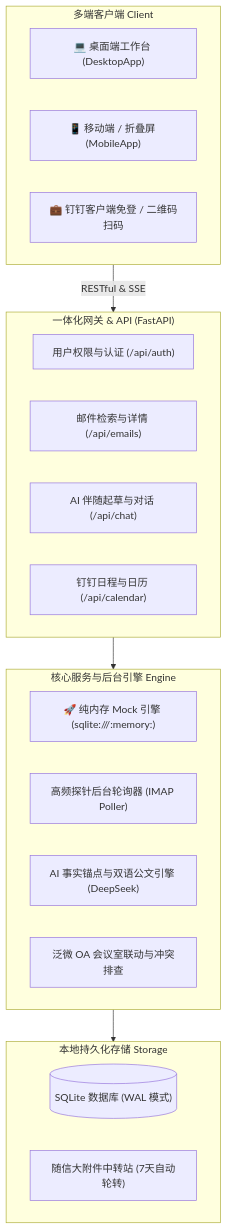
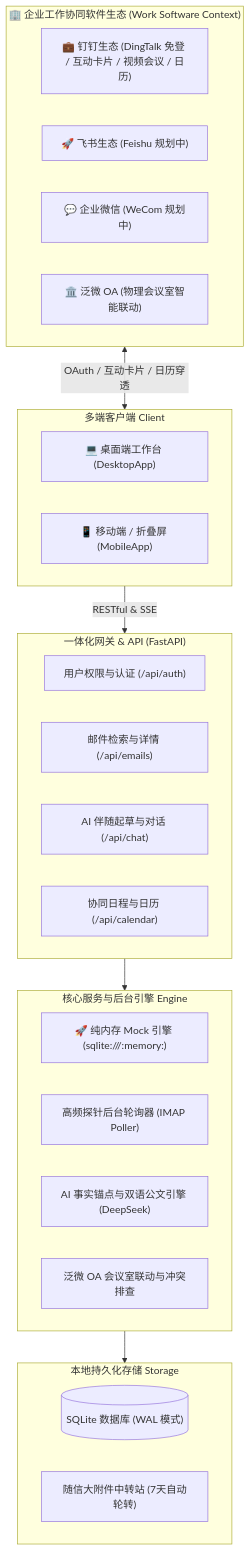
One commit to Jolly-J/OnIt-AI-Email changed the diagram in README.md. Above: the diagram before and after it, drawn with Mermaid. The commit also changed other lines of this file, not shown here.

````diff
--- a/README.md
+++ b/README.md
@@ -175,31 +226,38 @@
 ```mermaid
 flowchart TD
+    subgraph WorkApps [" 🏢 企业工作协同软件生态 (Work Software Context) "]
+        DING["💼 钉钉生态 (DingTalk 免登 / 互动卡片 / 视频会议 / 日历)"]
+        FEISHU["🚀 飞书生态 (Feishu 规划中)"]
+        WECOM["💬 企业微信 (WeCom 规划中)"]
+        OA["🏛️ 泛微 OA (物理会议室智能联动)"]
+    end
+
     subgraph Client [" 多端客户端 Client "]
         D["💻 桌面端工作台 (DesktopApp)"]
         M["📱 移动端 / 折叠屏 (MobileApp)"]
-        DT["💼 钉钉客户端免登 / 二维码扫码"]
     end
 
     subgraph Gateway [" 一体化网关 & API (FastAPI) "]
         AUTH["用户权限与认证 (/api/auth)"]
         MAIL_API["邮件检索与详情 (/api/emails)"]
         CHAT_API["AI 伴随起草与对话 (/api/chat)"]
-        CAL_API["钉钉日程与日历 (/api/calendar)"]
+        CAL_API["协同日程与日历 (/api/calendar)"]
     end
 
     subgraph CoreEngine [" 核心服务与后台引擎 Engine "]
         MOCK_SYS["🚀 纯内存 Mock 引擎 (sqlite:///:memory:)"]
         POLLER["高频探针后台轮询器 (IMAP Poller)"]
         AI_SVC["AI 事实锚点与双语公文引擎 (DeepSeek)"]
         OA_SVC["泛微 OA 会议室联动与冲突排查"]
     end
 
     subgraph Storage [" 本地持久化存储 Storage "]
         DB[("SQLite 数据库 (WAL 模式)")]
         ATTACH["随信大附件中转站 (7天自动轮转)"]
     end
 
+    WorkApps <-->|OAuth / 互动卡片 / 日历穿透| Client
     Client -->|RESTful & SSE| Gateway
     Gateway --> CoreEngine
     CoreEngine --> Storage
 ```
````
